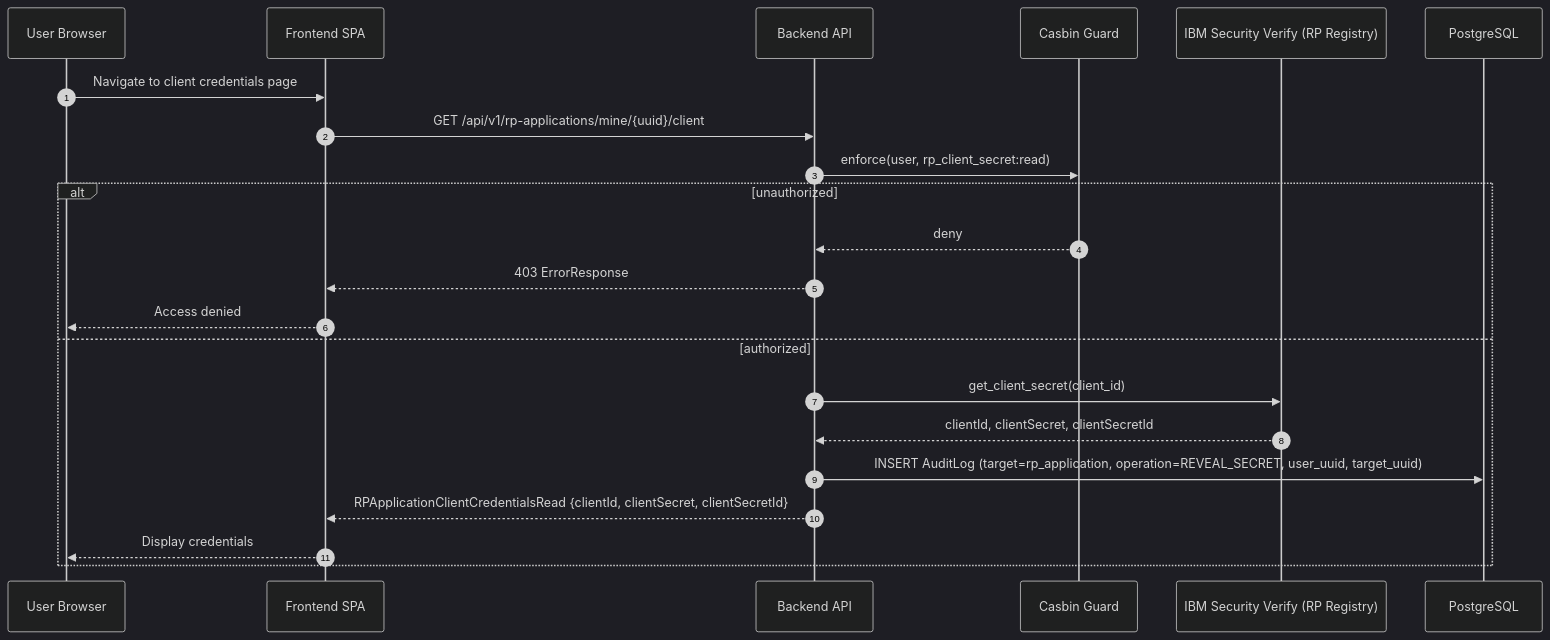
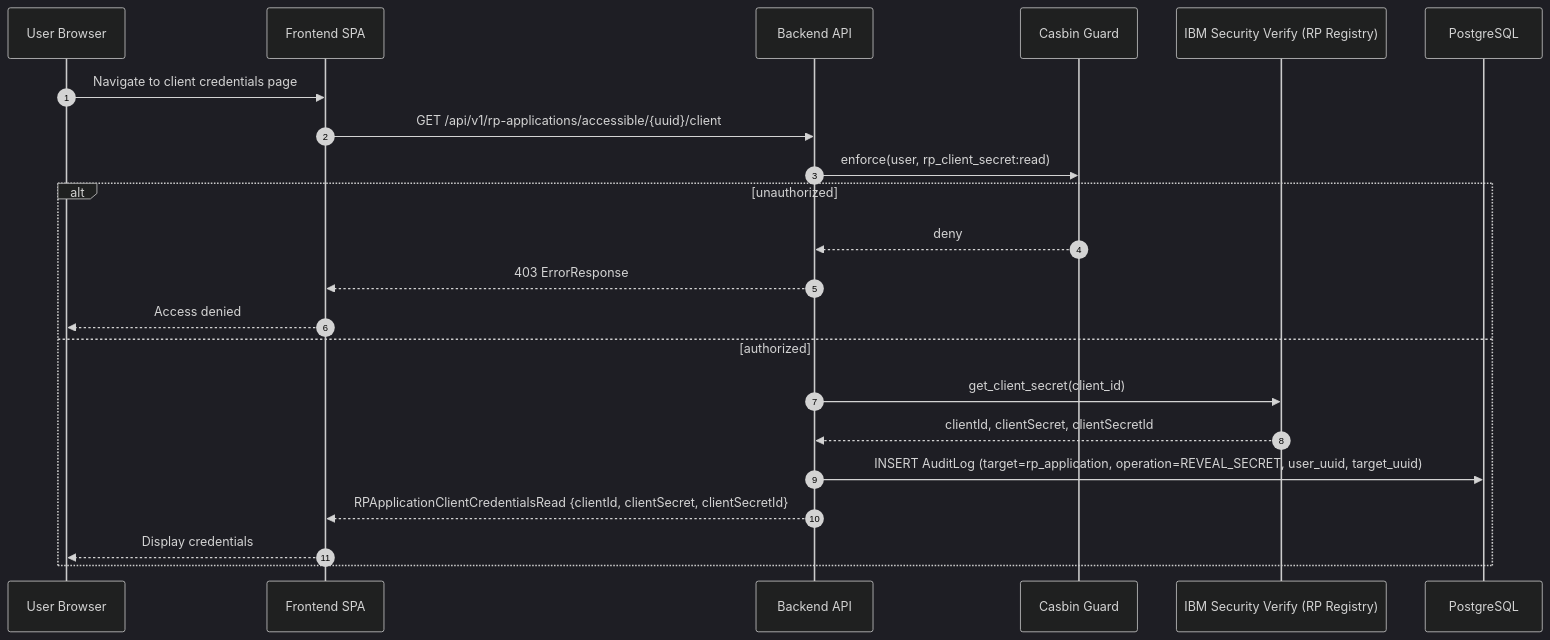
One commit to cds-snc/canadalogin-partner-portal changed the sixth of 13 diagrams in docs/plans/partner-portal-mvp-data-flows.md. Above: the diagram before and after it, drawn with Mermaid (dark theme). The commit also changed other lines of this file and 1343 other files, not shown here.

````diff
--- a/docs/plans/partner-portal-mvp-data-flows.md
+++ b/docs/plans/partner-portal-mvp-data-flows.md
@@ -162,25 +168,25 @@
 ```mermaid
 sequenceDiagram
     autonumber
     participant U as User Browser
     participant FE as Frontend SPA
     participant BE as Backend API
     participant C as Casbin Guard
     participant V as IBM Security Verify (RP Registry)
     participant DB as PostgreSQL
 
     U->>FE: Navigate to client credentials page
-    FE->>BE: GET /api/v1/rp-applications/mine/{uuid}/client
+    FE->>BE: GET /api/v1/rp-applications/accessible/{uuid}/client
     BE->>C: enforce(user, rp_client_secret:read)
     alt unauthorized
         C-->>BE: deny
         BE-->>FE: 403 ErrorResponse
         FE-->>U: Access denied
     else authorized
         BE->>V: get_client_secret(client_id)
         V-->>BE: clientId, clientSecret, clientSecretId
         BE->>DB: INSERT AuditLog (target=rp_application, operation=REVEAL_SECRET, user_uuid, target_uuid)
         BE-->>FE: RPApplicationClientCredentialsRead {clientId, clientSecret, clientSecretId}
         FE-->>U: Display credentials
     end
 ```
````
